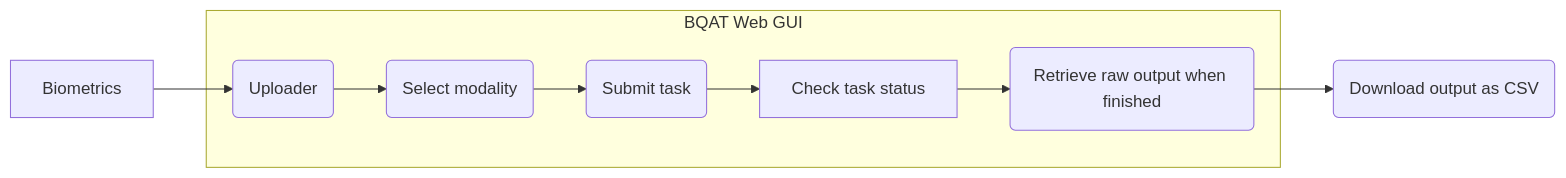
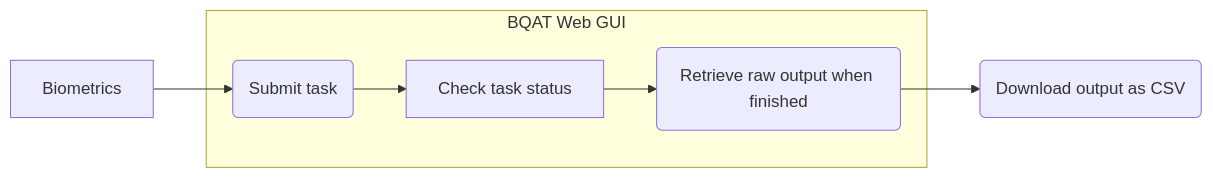
One commit to Biometix/biometix.github.io changed the second of 2 diagrams in playbook/gui.md. Above: the diagram before and after it, drawn with Mermaid. The commit also changed other lines of this file and 14 other files, not shown here.

````diff
--- a/playbook/gui.md
+++ b/playbook/gui.md
@@ -32,13 +34,11 @@
 ``` mermaid
 
 graph LR
-    input[Biometrics] --> upload(Uploader)
+    input[Biometrics] --> submit(Submit task)
     subgraph BQAT Web GUI
-    upload --> mod(Select modality)
-    mod --> submit(Submit task)
     submit --> check[Check task status]
     check --> retrieve(Retrieve raw output when finished)
     end
     retrieve --> export(Download output as CSV)
 
 ```
````
